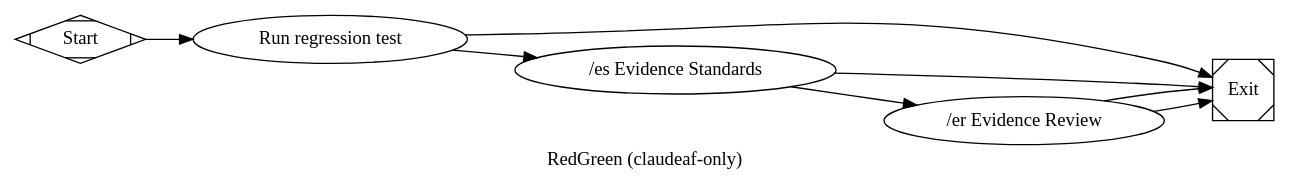
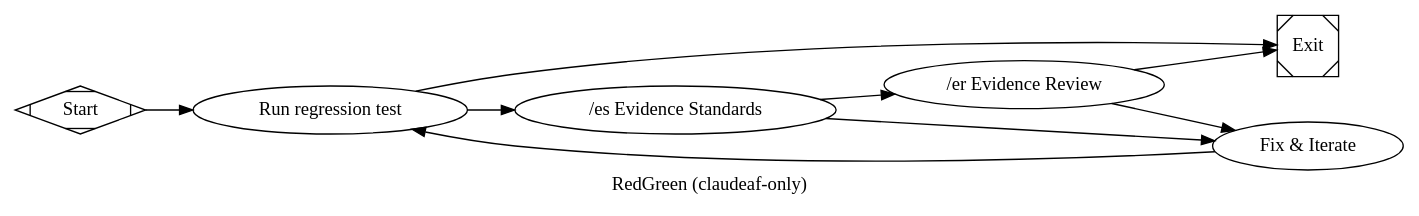
One commit to jleechanorg/dark-factory changed the diagram in pipelines/slim/redgreen_claudeaf.dot. Above: the diagram before and after it, drawn with Graphviz. The commit also changed 21 other files, not shown here.

```diff
--- a/pipelines/slim/redgreen_claudeaf.dot
+++ b/pipelines/slim/redgreen_claudeaf.dot
@@ -1,33 +1,46 @@
 digraph redgreen_claudeaf {
     graph [
         goal="Prove RED->GREEN for the /api/plan superadmin ownership bypass using claudeaf-only nodes (no codex). Run the regression test (RED on the vulnerable base, GREEN with the fix), then certify the GREEN diff with /es + /er. No sealed holdout exists for this feature so the holdout node is omitted; no coder/implement/fix nodes because the code is already on the branch and must be VALIDATED, not regenerated. gate_er has no hardcoded backend_priority, so DARK_FACTORY_ADVERSARIAL_PRIORITY=claude-sonnet binds the adversarial reviewer to claudeaf (claude), never codex."
         label="RedGreen (claudeaf-only)"
     ]
     rankdir=LR
 
     start [shape=Mdiamond, label="Start"]
     exit  [shape=Msquare,  label="Exit"]
 
     test [
         type="tool",
         label="Run regression test",
         command="${state.slim.test_command}",
         validation=true,
         goal_gate=true,
         timeout=600
     ]
     // backend_priority pins the reviewer to claude by graph contract, so the
     // claudeaf-only guarantee does not depend on the operator passing --backend claude
     // (without it, _resolve_gate_backend falls through to the run-level ctx.backend,
     // which could be codex). Keeps this pipeline claude-only regardless of invocation.
     gate_es [type="gate_es", label="/es Evidence Standards", backend_priority="claude-sonnet", timeout=600]
     gate_er [type="gate_er", label="/er Evidence Review",     backend_priority="claude-sonnet", timeout=600]
 
+    // Bounded fix loop: any reviewer verdict other than success routes here
+    // so a failing gate iterates on the artifact rather than terminating
+    // (per factory-evolve G2 fix-loop contract).
+    fix [
+        type="codergen",
+        label="Fix & Iterate",
+        class="fix",
+        prompt="@prompts/slim/fix.md",
+        max_visits="3",
+        timeout=600
+    ]
+
     start   -> test
     test    -> gate_es [condition="outcome=success"]
     test    -> exit    [condition="outcome!=success"]
     gate_es -> gate_er [condition="outcome=success"]
-    gate_es -> exit    [condition="outcome!=success"]
+    gate_es -> fix     [condition="outcome!=success"]
     gate_er -> exit    [condition="outcome=success"]
-    gate_er -> exit    [condition="outcome!=success"]
+    gate_er -> fix     [condition="outcome!=success"]
+    fix -> test
 }
```
